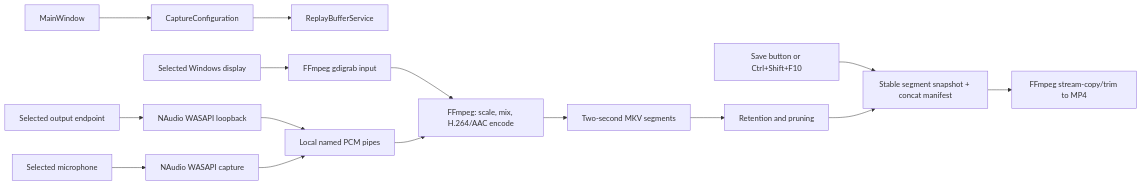
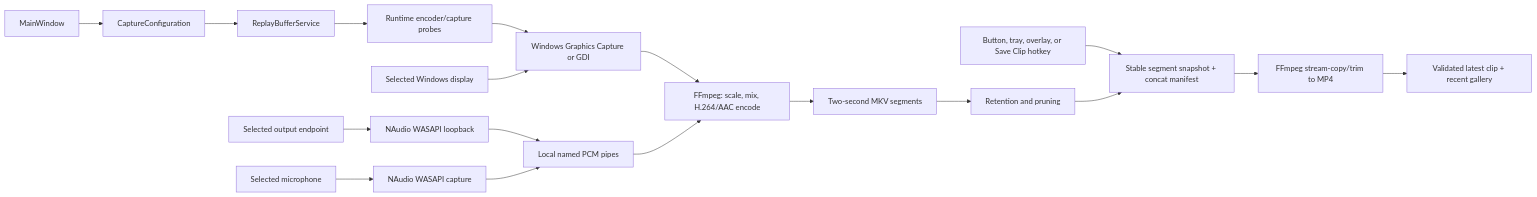
One commit to Purxy8/Clipping-Tool changed the diagram in docs/ARCHITECTURE.md. Above: the diagram before and after it, drawn with Mermaid. The commit also changed other lines of this file and 41 other files, not shown here.

````diff
--- a/docs/ARCHITECTURE.md
+++ b/docs/ARCHITECTURE.md
@@ -33,17 +38,20 @@
 ```mermaid
 flowchart LR
     UI["MainWindow"] --> CFG["CaptureConfiguration"]
     CFG --> ENG["ReplayBufferService"]
-    DISP["Selected Windows display"] --> GDI["FFmpeg gdigrab input"]
+    ENG --> PROBE["Runtime encoder/capture probes"]
+    PROBE --> SOURCE["Windows Graphics Capture or GDI"]
+    DISP["Selected Windows display"] --> SOURCE
     OUT["Selected output endpoint"] --> LOOP["NAudio WASAPI loopback"]
     MIC["Selected microphone"] --> WASAPI["NAudio WASAPI capture"]
     LOOP --> PIPE["Local named PCM pipes"]
     WASAPI --> PIPE
-    GDI --> FFMPEG["FFmpeg: scale, mix, H.264/AAC encode"]
+    SOURCE --> FFMPEG["FFmpeg: scale, mix, H.264/AAC encode"]
     PIPE --> FFMPEG
     FFMPEG --> SEG["Two-second MKV segments"]
     SEG --> KEEP["Retention and pruning"]
-    HOTKEY["Save button or Ctrl+Shift+F10"] --> SAVE["Stable segment snapshot + concat manifest"]
+    HOTKEY["Button, tray, overlay, or Save Clip hotkey"] --> SAVE["Stable segment snapshot + concat manifest"]
     KEEP --> SAVE
     SAVE --> MP4["FFmpeg stream-copy/trim to MP4"]
+    MP4 --> LIB["Validated latest clip + recent gallery"]
 ```
````
